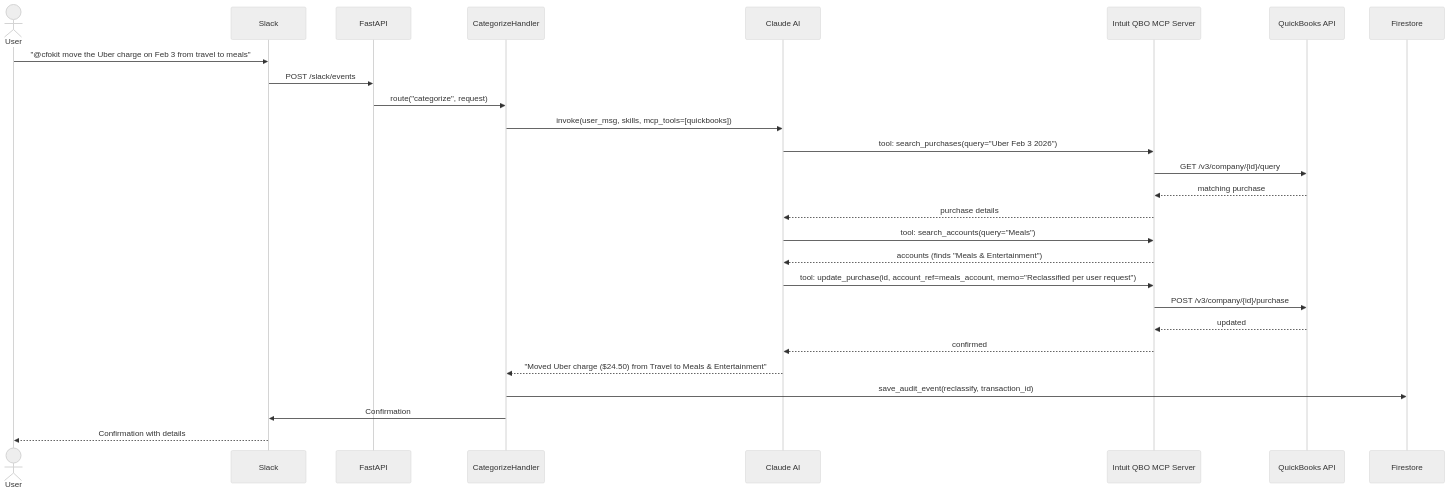
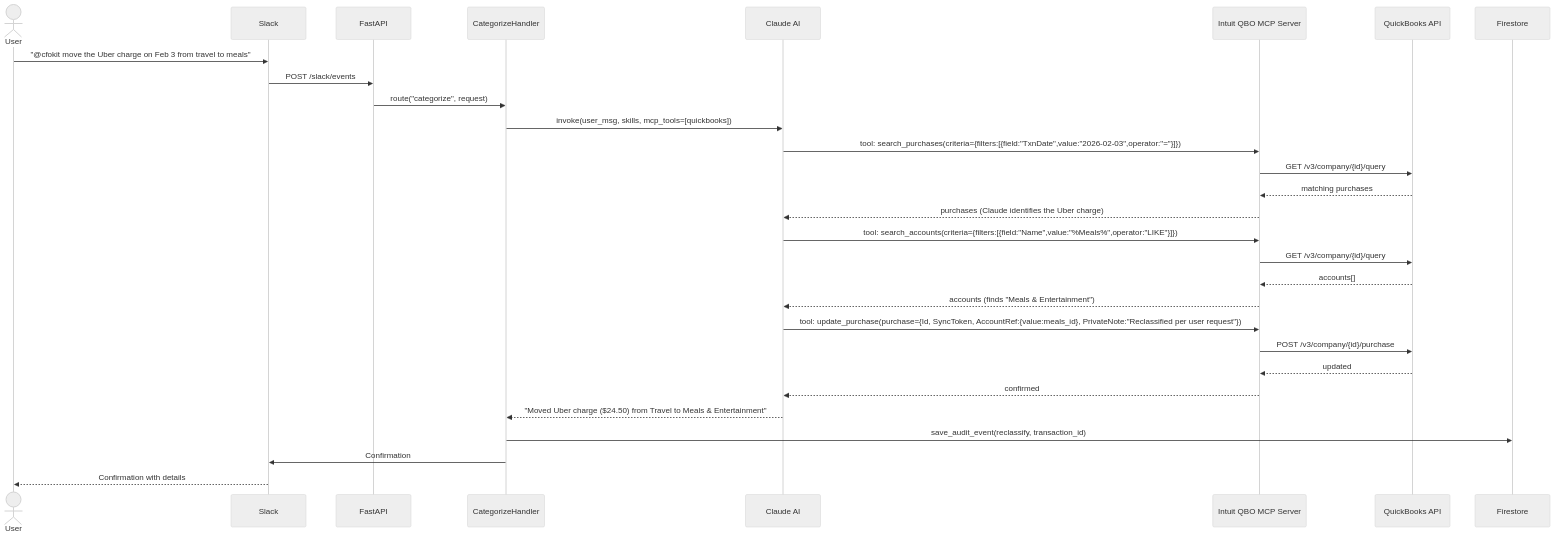
One commit to cfokit/cfokit changed the fifth of 5 diagrams in docs/PRD.md. Above: the diagram before and after it, drawn with Mermaid (neutral theme). The commit also changed other lines of this file and 1 other file, not shown here.

First line of the commit message:
Update PRD with actual Intuit QBO MCP server interface

````diff
--- a/docs/PRD.md
+++ b/docs/PRD.md
@@ -164,33 +174,35 @@
 ```mermaid
 sequenceDiagram
     actor User
     participant Slack
     participant FastAPI
     participant Handler as CategorizeHandler
     participant Claude as Claude AI
     participant MCP as Intuit QBO MCP Server
     participant QB as QuickBooks API
 
     User->>Slack: "@cfokit move the Uber charge on Feb 3 from travel to meals"
     Slack->>FastAPI: POST /slack/events
     FastAPI->>Handler: route("categorize", request)
     Handler->>Claude: invoke(user_msg, skills, mcp_tools=[quickbooks])
 
-    Claude->>MCP: tool: search_purchases(query="Uber Feb 3 2026")
+    Claude->>MCP: tool: search_purchases(criteria={filters:[{field:"TxnDate",value:"2026-02-03",operator:"="}]})
     MCP->>QB: GET /v3/company/{id}/query
-    QB-->>MCP: matching purchase
-    MCP-->>Claude: purchase details
+    QB-->>MCP: matching purchases
+    MCP-->>Claude: purchases (Claude identifies the Uber charge)
 
-    Claude->>MCP: tool: search_accounts(query="Meals")
+    Claude->>MCP: tool: search_accounts(criteria={filters:[{field:"Name",value:"%Meals%",operator:"LIKE"}]})
+    MCP->>QB: GET /v3/company/{id}/query
+    QB-->>MCP: accounts[]
     MCP-->>Claude: accounts (finds "Meals & Entertainment")
 
-    Claude->>MCP: tool: update_purchase(id, account_ref=meals_account, memo="Reclassified per user request")
+    Claude->>MCP: tool: update_purchase(purchase={Id, SyncToken, AccountRef:{value:meals_id}, PrivateNote:"Reclassified per user request"})
     MCP->>QB: POST /v3/company/{id}/purchase
     QB-->>MCP: updated
     MCP-->>Claude: confirmed
 
     Claude-->>Handler: "Moved Uber charge ($24.50) from Travel to Meals & Entertainment"
     Handler->>Firestore: save_audit_event(reclassify, transaction_id)
     Handler->>Slack: Confirmation
     Slack-->>User: Confirmation with details
 ```
````
